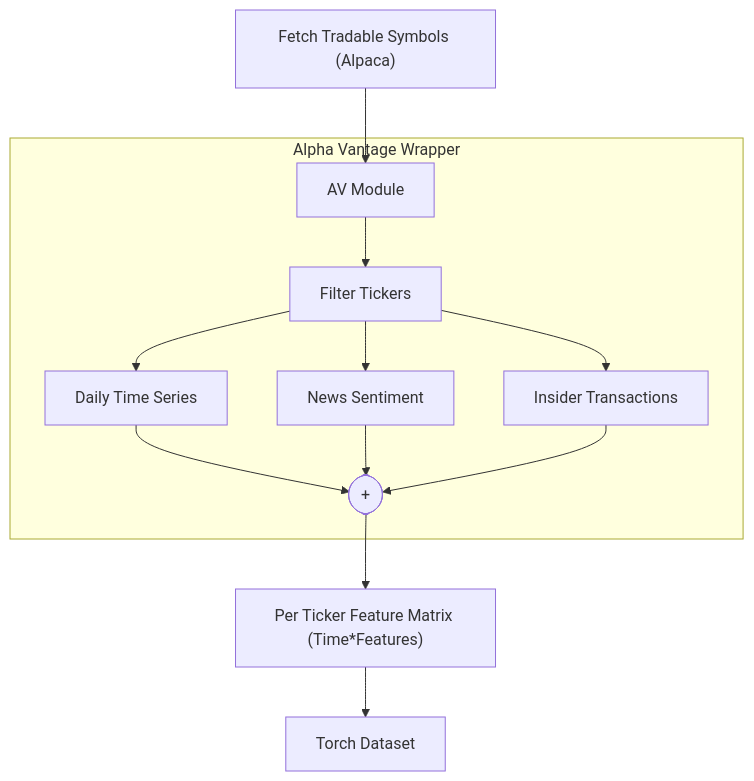
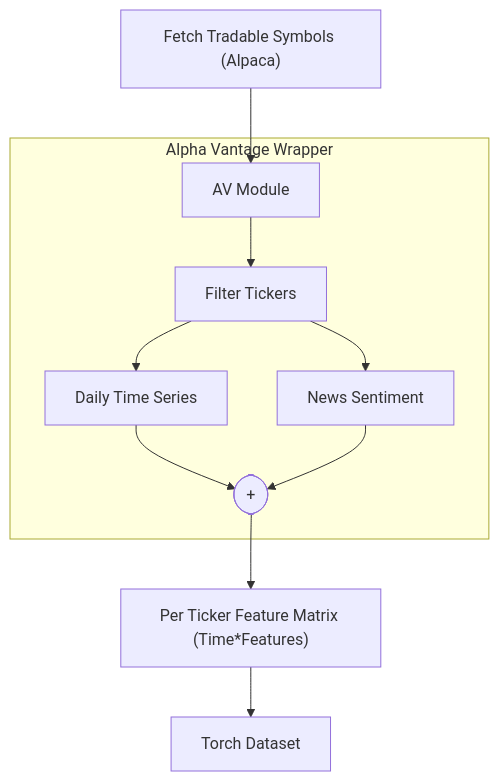
The diagram in README.md (KYZZHECIK/stock_solver), drawn with Mermaid before and after one commit. The commit also changed other lines of this file, not shown here.

````diff
--- a/README.md
+++ b/README.md
@@ -32,20 +34,17 @@
 ```mermaid
 flowchart TD
     subgraph INGEST[Alpha Vantage Wrapper]
         AV[AV Module]:::code
         TS[Daily Time Series]:::data
         NS[News Sentiment]:::data
-        IT[Insider Transactions]:::data
         AV --> FI[Filter Tickers]
         FI --> TS
         FI --> NS
-        FI --> IT
         TS --> Concat([+])
         NS --> Concat
-        IT --> Concat
     end
     A["Fetch Tradable Symbols (Alpaca)"]--> AV
     FM["Per Ticker Feature Matrix (Time*Features)"]:::artifact
     Concat --> FM
     FM --> DA[Torch Dataset]
 ```
````
